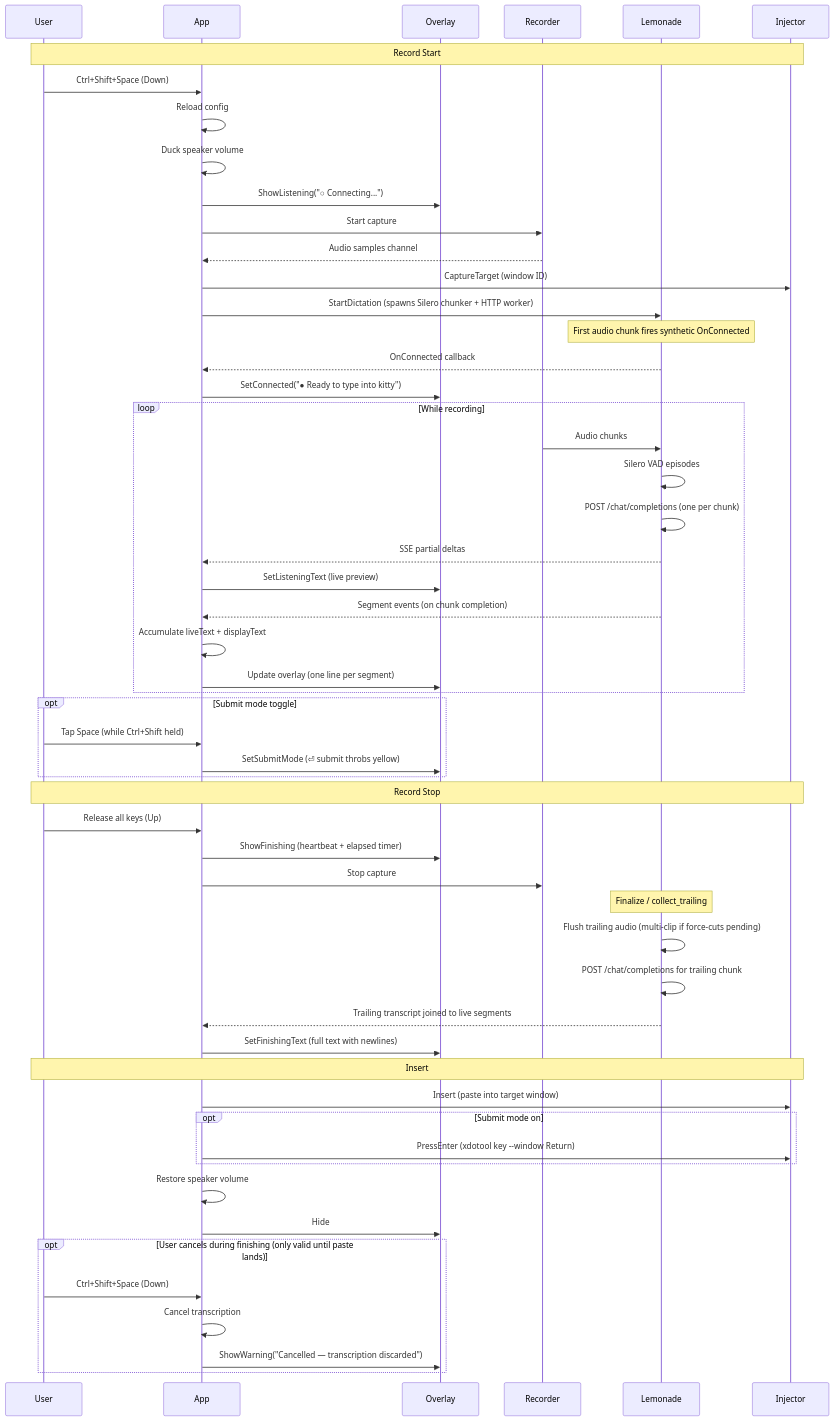
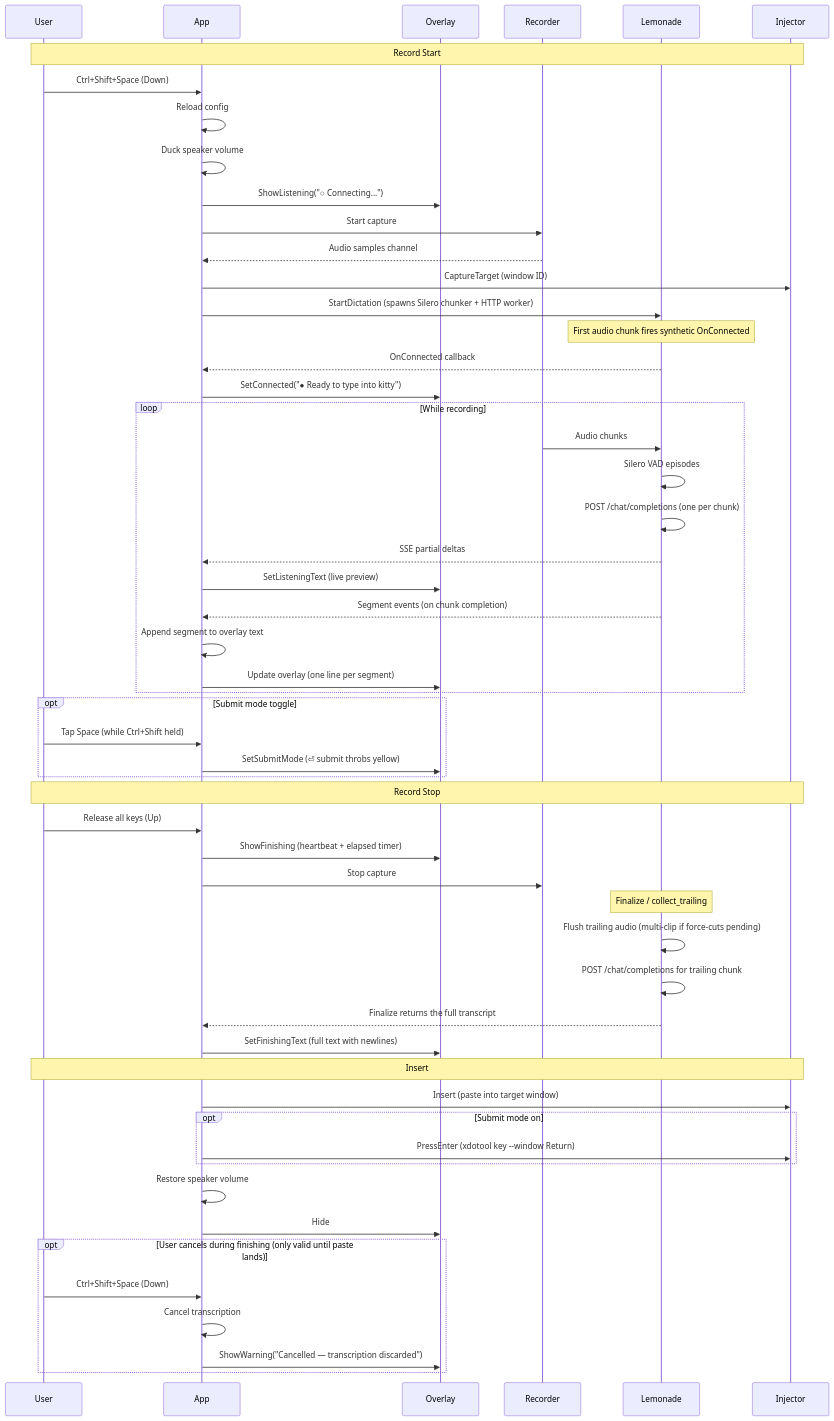
The diagram in docs/runtime-flow.md (duboisf/vocis), drawn with Mermaid before and after one commit. The commit also changed other lines of this file and 7 other files, not shown here.

First line of the commit message:
refactor: Finalize returns the whole transcript, app tracks one dictation

````diff
--- a/docs/runtime-flow.md
+++ b/docs/runtime-flow.md
@@ -7,71 +7,71 @@
 ```mermaid
 sequenceDiagram
     participant User
     participant App
     participant Overlay
     participant Recorder
     participant Lemonade
     participant Injector
 
     Note over User,Injector: Record Start
 
     User->>App: Ctrl+Shift+Space (Down)
     App->>App: Reload config
     App->>App: Duck speaker volume
     App->>Overlay: ShowListening("○ Connecting...")
     App->>Recorder: Start capture
     Recorder-->>App: Audio samples channel
     App->>Injector: CaptureTarget (window ID)
     App->>Lemonade: StartDictation (spawns Silero chunker + HTTP worker)
 
     Note over Lemonade: First audio chunk fires synthetic OnConnected
     Lemonade-->>App: OnConnected callback
     App->>Overlay: SetConnected("● Ready to type into kitty")
 
     loop While recording
         Recorder->>Lemonade: Audio chunks
         Lemonade->>Lemonade: Silero VAD episodes
         Lemonade->>Lemonade: POST /chat/completions (one per chunk)
         Lemonade-->>App: SSE partial deltas
         App->>Overlay: SetListeningText (live preview)
         Lemonade-->>App: Segment events (on chunk completion)
-        App->>App: Accumulate liveText + displayText
+        App->>App: Append segment to overlay text
         App->>Overlay: Update overlay (one line per segment)
     end
 
     opt Submit mode toggle
         User->>App: Tap Space (while Ctrl+Shift held)
         App->>Overlay: SetSubmitMode (⏎ submit throbs yellow)
     end
 
     Note over User,Injector: Record Stop
 
     User->>App: Release all keys (Up)
     App->>Overlay: ShowFinishing (heartbeat + elapsed timer)
     App->>Recorder: Stop capture
 
     Note over Lemonade: Finalize / collect_trailing
 
     Lemonade->>Lemonade: Flush trailing audio (multi-clip if force-cuts pending)
     Lemonade->>Lemonade: POST /chat/completions for trailing chunk
-    Lemonade-->>App: Trailing transcript joined to live segments
+    Lemonade-->>App: Finalize returns the full transcript
 
     App->>Overlay: SetFinishingText (full text with newlines)
 
     Note over User,Injector: Insert
 
     App->>Injector: Insert (paste into target window)
 
     opt Submit mode on
         App->>Injector: PressEnter (xdotool key --window Return)
     end
 
     App->>App: Restore speaker volume
     App->>Overlay: Hide
 
     opt User cancels during finishing (only valid until paste lands)
         User->>App: Ctrl+Shift+Space (Down)
         App->>App: Cancel transcription
         App->>Overlay: ShowWarning("Cancelled — transcription discarded")
     end
 ```
````
